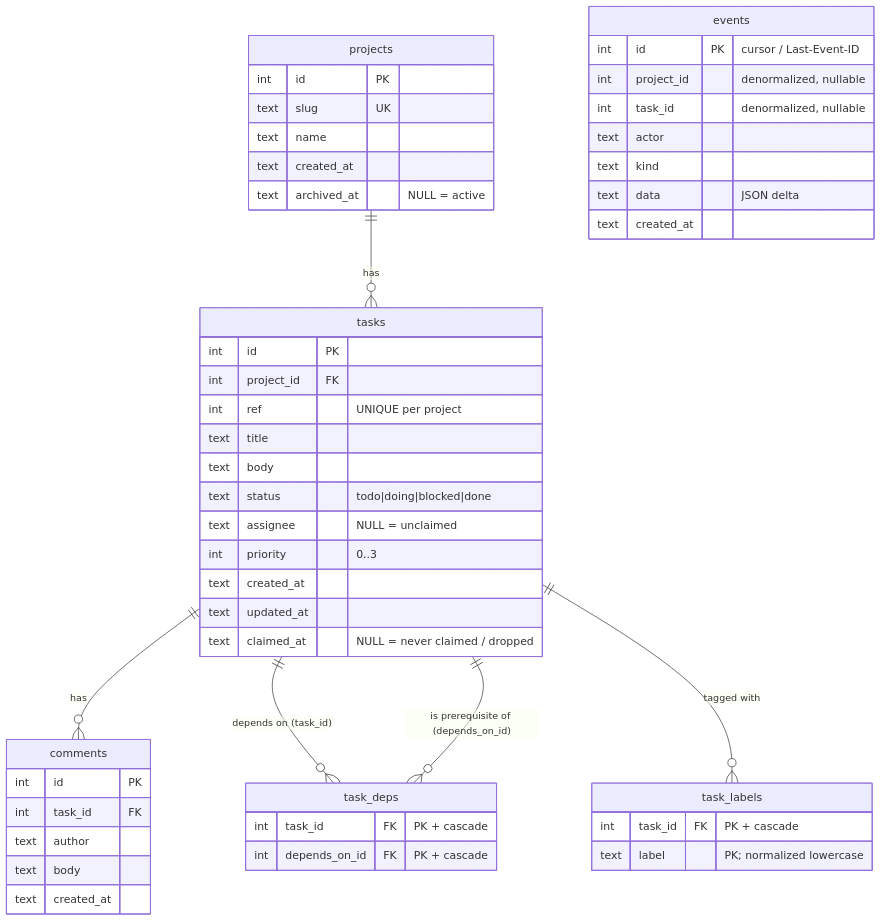
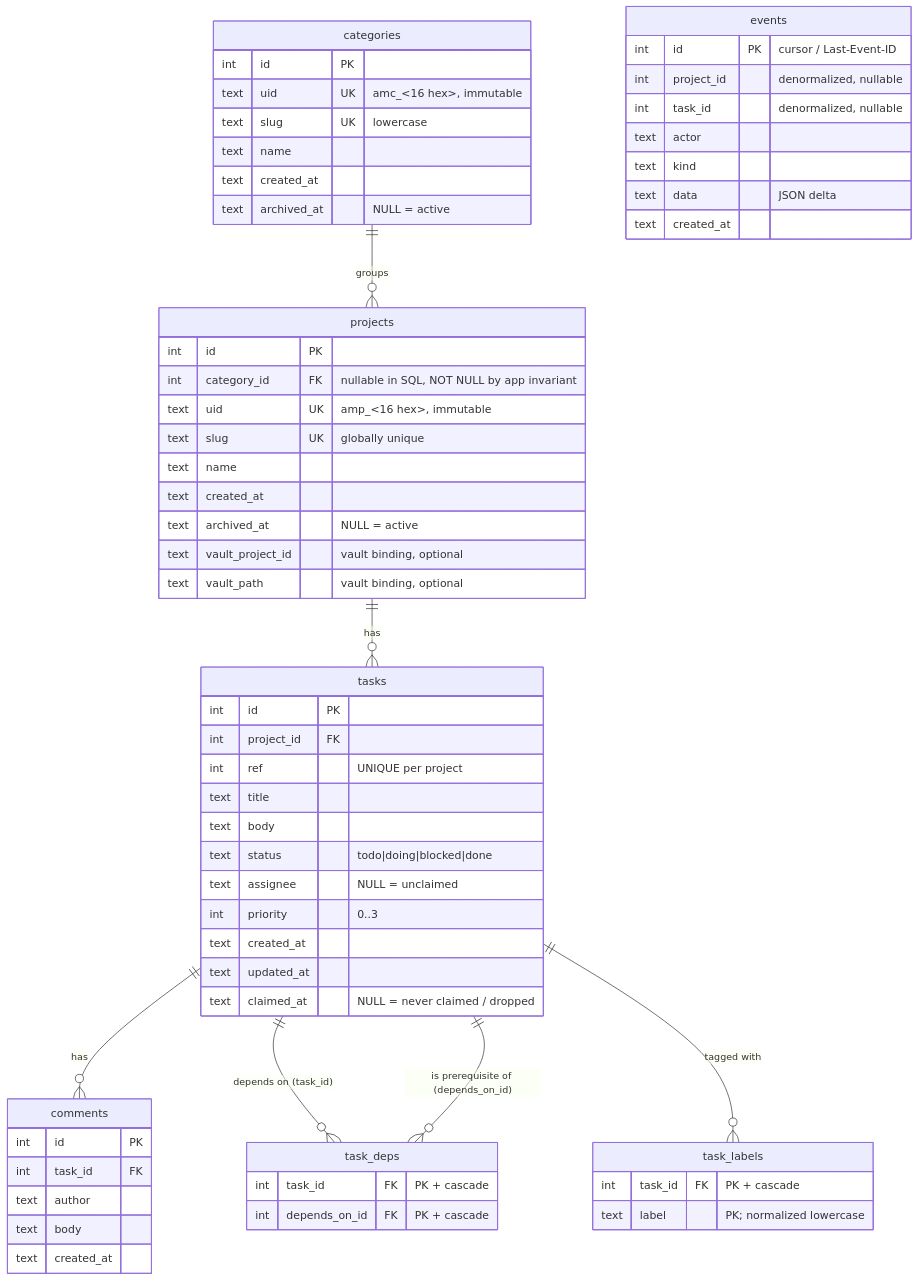
One commit to RamiAltai/agentman changed the diagram in architecture/data-model.md. Above: the diagram before and after it, drawn with Mermaid. The commit also changed other lines of this file and 16 other files, not shown here.

````diff
--- a/architecture/data-model.md
+++ b/architecture/data-model.md
@@ -199,52 +251,65 @@
 ```mermaid
 erDiagram
+  categories ||--o{ projects : "groups"
   projects ||--o{ tasks : "has"
   tasks ||--o{ comments : "has"
   tasks ||--o{ task_deps : "depends on (task_id)"
   tasks ||--o{ task_deps : "is prerequisite of (depends_on_id)"
   tasks ||--o{ task_labels : "tagged with"
-  projects {
+  categories {
     int id PK
-    text slug UK
+    text uid UK "amc_<16 hex>, immutable"
+    text slug UK "lowercase"
     text name
     text created_at
     text archived_at "NULL = active"
+  }
+  projects {
+    int id PK
+    int category_id FK "nullable in SQL, NOT NULL by app invariant"
+    text uid UK "amp_<16 hex>, immutable"
+    text slug UK "globally unique"
+    text name
+    text created_at
+    text archived_at "NULL = active"
+    text vault_project_id "vault binding, optional"
+    text vault_path "vault binding, optional"
   }
   tasks {
     int id PK
     int project_id FK
     int ref "UNIQUE per project"
     text title
     text body
     text status "todo|doing|blocked|done"
     text assignee "NULL = unclaimed"
     int priority "0..3"
     text created_at
     text updated_at
     text claimed_at "NULL = never claimed / dropped"
   }
   task_deps {
     int task_id FK "PK + cascade"
     int depends_on_id FK "PK + cascade"
   }
   task_labels {
     int task_id FK "PK + cascade"
     text label "PK; normalized lowercase"
   }
   comments {
     int id PK
     int task_id FK
     text author
     text body
     text created_at
   }
   events {
     int id PK "cursor / Last-Event-ID"
     int project_id "denormalized, nullable"
     int task_id "denormalized, nullable"
     text actor
     text kind
     text data "JSON delta"
     text created_at
   }
 ```
````
